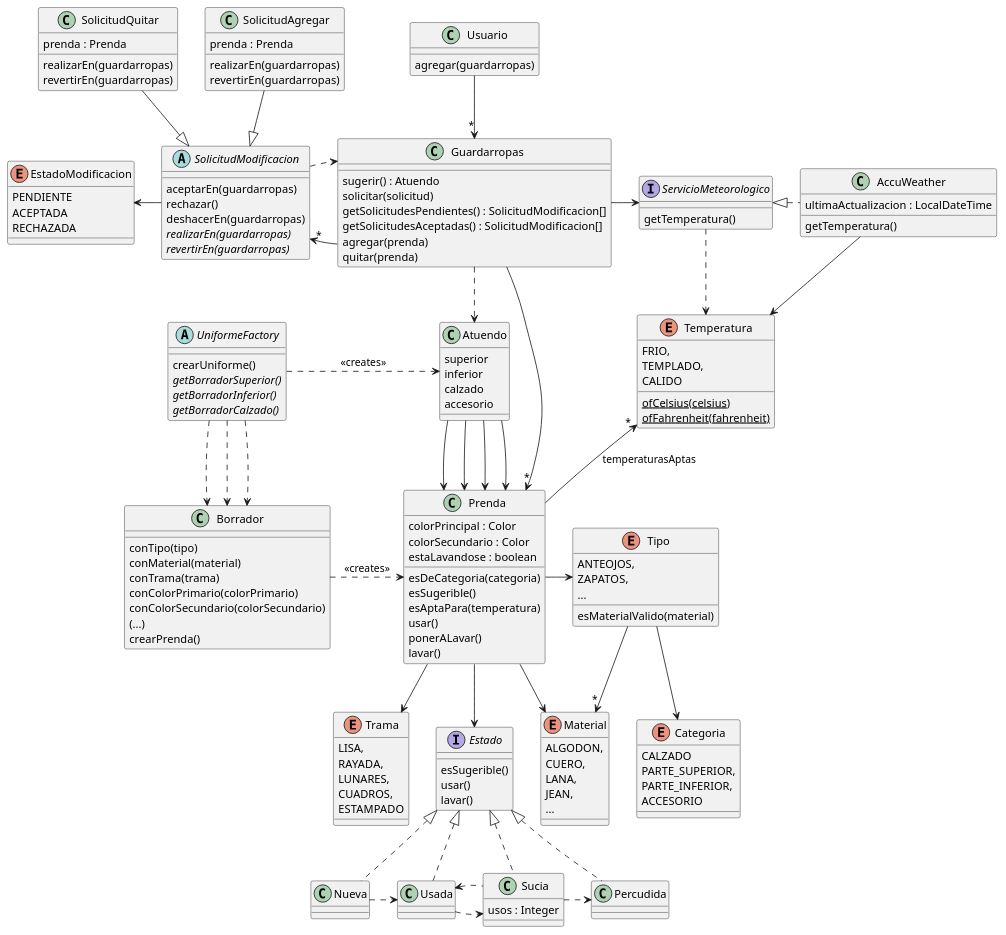
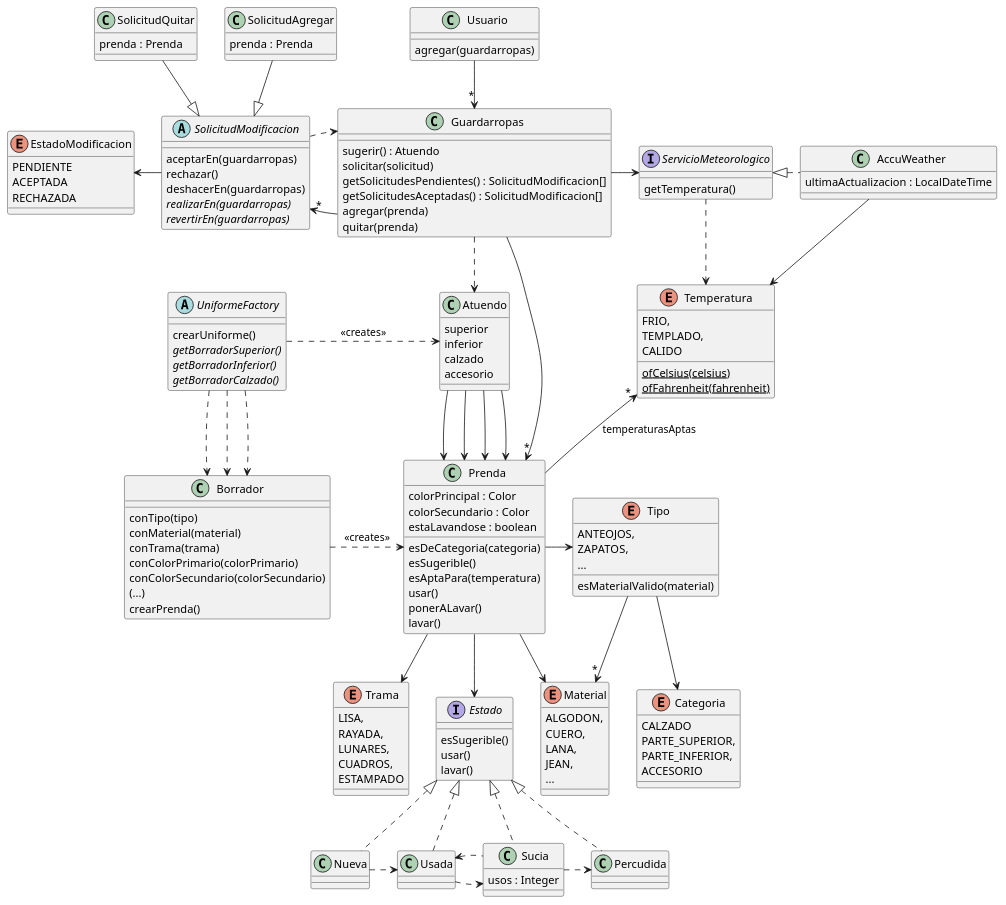
Before and after one commit to RaniAgus/dds-2022: the diagram in docs/diagramas/iteracion-5.puml, drawn with PlantUML. The commit also changed 1 other file, not shown here.

Commit message:
quito redundancias de los diagramas

```diff
--- a/docs/diagramas/iteracion-5.puml
+++ b/docs/diagramas/iteracion-5.puml
@@ -1,185 +1,180 @@
 @startuml iteracion-5
 
 class Usuario {
     agregar(guardarropas)
 }
 
 Usuario --> "*" Guardarropas
 
 class Guardarropas {
   sugerir() : Atuendo
   solicitar(solicitud)
   getSolicitudesPendientes() : SolicitudModificacion[]
   getSolicitudesAceptadas() : SolicitudModificacion[]
   agregar(prenda)
   quitar(prenda)
 }
 
 Guardarropas ..> Atuendo
 Guardarropas -right-> "*" Prenda
 Guardarropas -right-> ServicioMeteorologico
 Guardarropas -left-> "*" SolicitudModificacion
 
 abstract class SolicitudModificacion {
     aceptarEn(guardarropas)
     rechazar()
     deshacerEn(guardarropas)
     {abstract} realizarEn(guardarropas)
     {abstract} revertirEn(guardarropas)
 }
 
 SolicitudModificacion ..> Guardarropas
 SolicitudModificacion -left-> EstadoModificacion
 
 enum EstadoModificacion {
     PENDIENTE
     ACEPTADA
     RECHAZADA
 }
 
 SolicitudModificacion <|-up- SolicitudAgregar
 SolicitudModificacion <|-up- SolicitudQuitar
 
 class SolicitudAgregar {
     prenda : Prenda
-    realizarEn(guardarropas)
-    revertirEn(guardarropas)
 }
 
 class SolicitudQuitar {
     prenda : Prenda
-    realizarEn(guardarropas)
-    revertirEn(guardarropas)
 }
 
 interface ServicioMeteorologico {
     getTemperatura()
 }
 
 ServicioMeteorologico ..> Temperatura
 
 ServicioMeteorologico <|.right. AccuWeather
 
 class AccuWeather {
     ultimaActualizacion : LocalDateTime
-    getTemperatura()
 }
 
 AccuWeather --> Temperatura
 
 enum Temperatura {
     FRIO,
     TEMPLADO,
     CALIDO
     {static} ofCelsius(celsius)
     {static} ofFahrenheit(fahrenheit)
 }
 
 abstract UniformeFactory {
   crearUniforme()
   {abstract} getBorradorSuperior()
   {abstract} getBorradorInferior()
   {abstract} getBorradorCalzado()
 }
 
 UniformeFactory .right.> Atuendo : <<creates>>
 UniformeFactory ..> Borrador
 UniformeFactory ..> Borrador
 UniformeFactory ..> Borrador
 
 class Atuendo {
    superior
    inferior
    calzado
    accesorio
 }
 
 Atuendo --> Prenda
 Atuendo --> Prenda
 Atuendo --> Prenda
 Atuendo --> Prenda
 
 class Borrador {
   conTipo(tipo)
   conMaterial(material)
   conTrama(trama)
   conColorPrimario(colorPrimario)
   conColorSecundario(colorSecundario)
   (...)
   crearPrenda()
 }
 
 Borrador .right.> Prenda : <<creates>>
 
 class Prenda {
  colorPrincipal : Color
  colorSecundario : Color
  estaLavandose : boolean
  esDeCategoria(categoria)
  esSugerible()
  esAptaPara(temperatura)
  usar()
  ponerALavar()
  lavar()
 }
 
 Prenda -up-> "*" Temperatura : "temperaturasAptas"
 Prenda -right-> Tipo
 Prenda --> Material
 Prenda --> Trama
 Prenda --> Estado
 
 enum Material {
   ALGODON,
   CUERO,
   LANA,
   JEAN,
   ...
 }
 
 enum Trama {
   LISA,
   RAYADA,
   LUNARES,
   CUADROS,
   ESTAMPADO
 }
 
 enum Tipo {
   ANTEOJOS,
   ZAPATOS,
   ...
   esMaterialValido(material)
 }
 
 Tipo --> "*" Material
 Tipo --> Categoria
 
 enum Categoria {
   CALZADO
   PARTE_SUPERIOR,
   PARTE_INFERIOR,
   ACCESORIO
 }
 
 interface Estado {
  esSugerible()
  usar()
  lavar()
 }
 
 Estado <|.. Nueva
 Estado <|.. Usada
 Estado <|.. Sucia
 Estado <|.. Percudida
 
 Nueva .right.> Usada
 Usada .right.> Sucia
 Sucia .left.> Usada
 Sucia .right.> Percudida
 
 class Sucia {
   usos : Integer
 }
 
 @enduml
```
